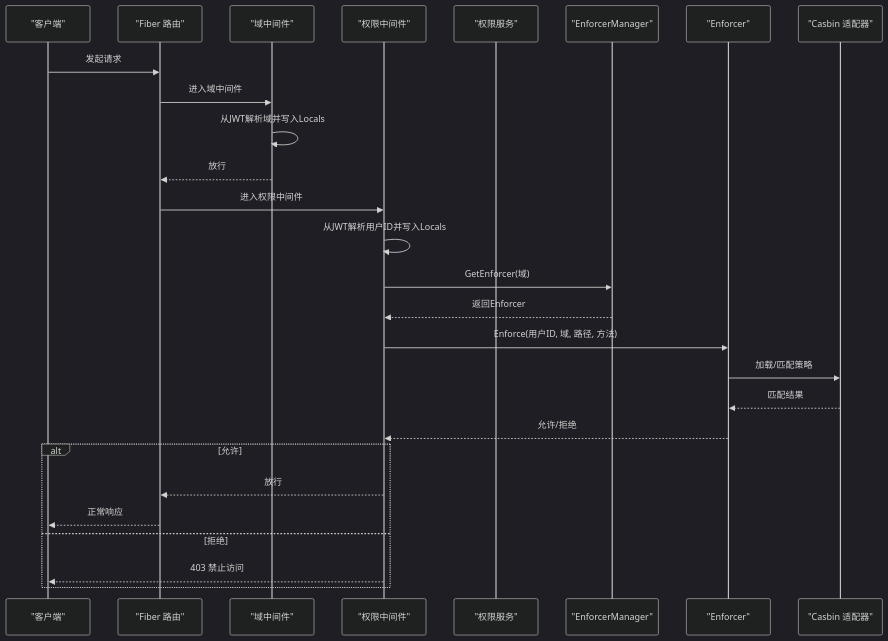
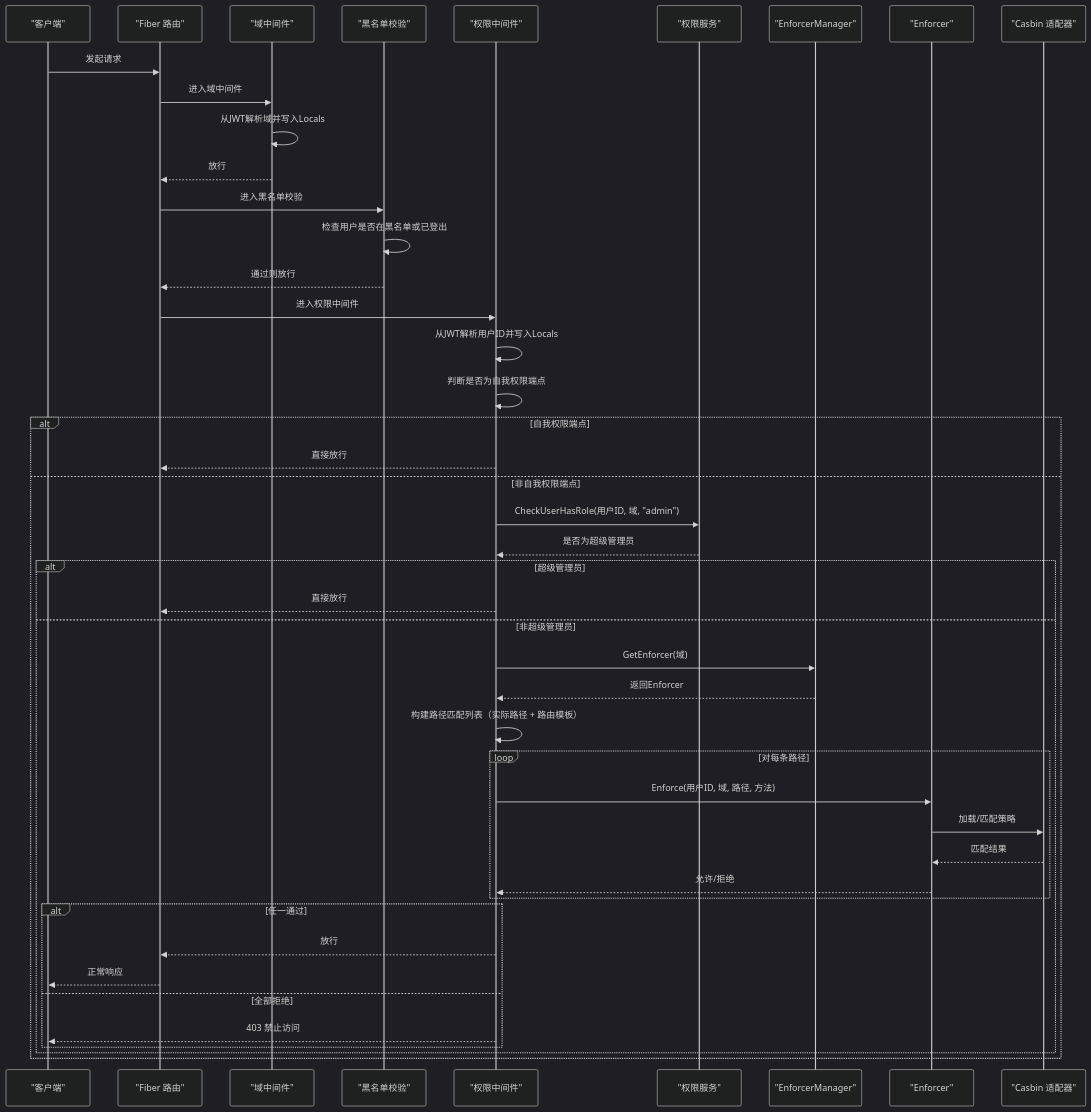
Before and after one commit to wuwuseo/e-sports-go-admin: the second of 8 diagrams in .qoder/repowiki/zh/content/中间件系统/权限验证中间件.md, drawn with Mermaid (dark theme). The commit also changed other lines of this file and 42 other files, not shown here.

````diff
--- a/.qoder/repowiki/zh/content/中间件系统/权限验证中间件.md
+++ b/.qoder/repowiki/zh/content/中间件系统/权限验证中间件.md
@@ -118,29 +128,47 @@
 ```mermaid
 sequenceDiagram
 participant C as "客户端"
 participant R as "Fiber 路由"
 participant DMW as "域中间件"
+participant BLCK as "黑名单校验"
 participant PMW as "权限中间件"
 participant SVC as "权限服务"
 participant EM as "EnforcerManager"
 participant ENF as "Enforcer"
 participant ADP as "Casbin 适配器"
 C->>R : 发起请求
 R->>DMW : 进入域中间件
 DMW->>DMW : 从JWT解析域并写入Locals
 DMW-->>R : 放行
+R->>BLCK : 进入黑名单校验
+BLCK->>BLCK : 检查用户是否在黑名单或已登出
+BLCK-->>R : 通过则放行
 R->>PMW : 进入权限中间件
 PMW->>PMW : 从JWT解析用户ID并写入Locals
+PMW->>PMW : 判断是否为自我权限端点
+alt 自我权限端点
+PMW-->>R : 直接放行
+else 非自我权限端点
+PMW->>SVC : CheckUserHasRole(用户ID, 域, "admin")
+SVC-->>PMW : 是否为超级管理员
+alt 超级管理员
+PMW-->>R : 直接放行
+else 非超级管理员
 PMW->>EM : GetEnforcer(域)
 EM-->>PMW : 返回Enforcer
+PMW->>PMW : 构建路径匹配列表（实际路径 + 路由模板）
+loop 对每条路径
 PMW->>ENF : Enforce(用户ID, 域, 路径, 方法)
 ENF->>ADP : 加载/匹配策略
 ADP-->>ENF : 匹配结果
 ENF-->>PMW : 允许/拒绝
-alt 允许
+end
+alt 任一通过
 PMW-->>R : 放行
 R-->>C : 正常响应
-else 拒绝
+else 全部拒绝
 PMW-->>C : 403 禁止访问
 end
+end
+end
 ```
````
